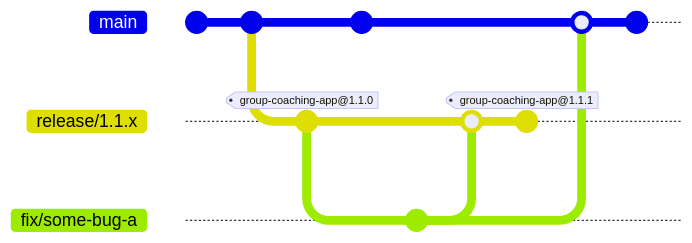
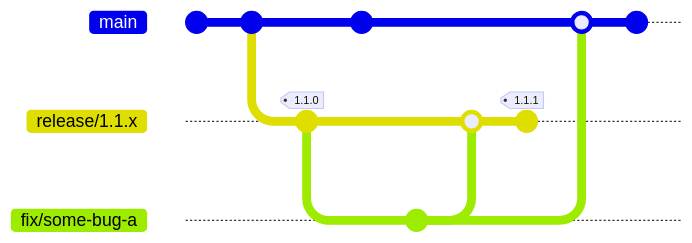
Before and after one commit to appelsinvandi/boon-apps-release-flow-proposal: the second of 10 diagrams in README.md, drawn with Mermaid. The commit also changed other lines of this file, not shown here. Commit ids are hidden.

Commit message:
feat: more flows and automation figs in readme

````diff
--- a/README.md
+++ b/README.md
@@ -44,27 +44,27 @@
 ```mermaid
 gitGraph
   checkout main
   commit id:"feat: a"
   commit id:"feat: b"
 
   checkout main
   branch release/1.1.x order: 0
-  commit id:"chore: bump (1.1.0)" tag:"group-coaching-app@1.1.0"
+  commit id:"chore: bump (1.1.0)" tag:"1.1.0"
 
   checkout main
   commit id:"feat: c"
 
   checkout release/1.1.x
   branch fix/some-bug-a order: 11
   commit
 
   checkout release/1.1.x
   merge fix/some-bug-a
-  commit id:"chore: bump (1.1.1)" tag:"group-coaching-app@1.1.1"
+  commit id:"chore: bump (1.1.1)" tag:"1.1.1"
 
   checkout main
   merge fix/some-bug-a
 
   checkout main
   commit id:"feat: d"
 ```
````
